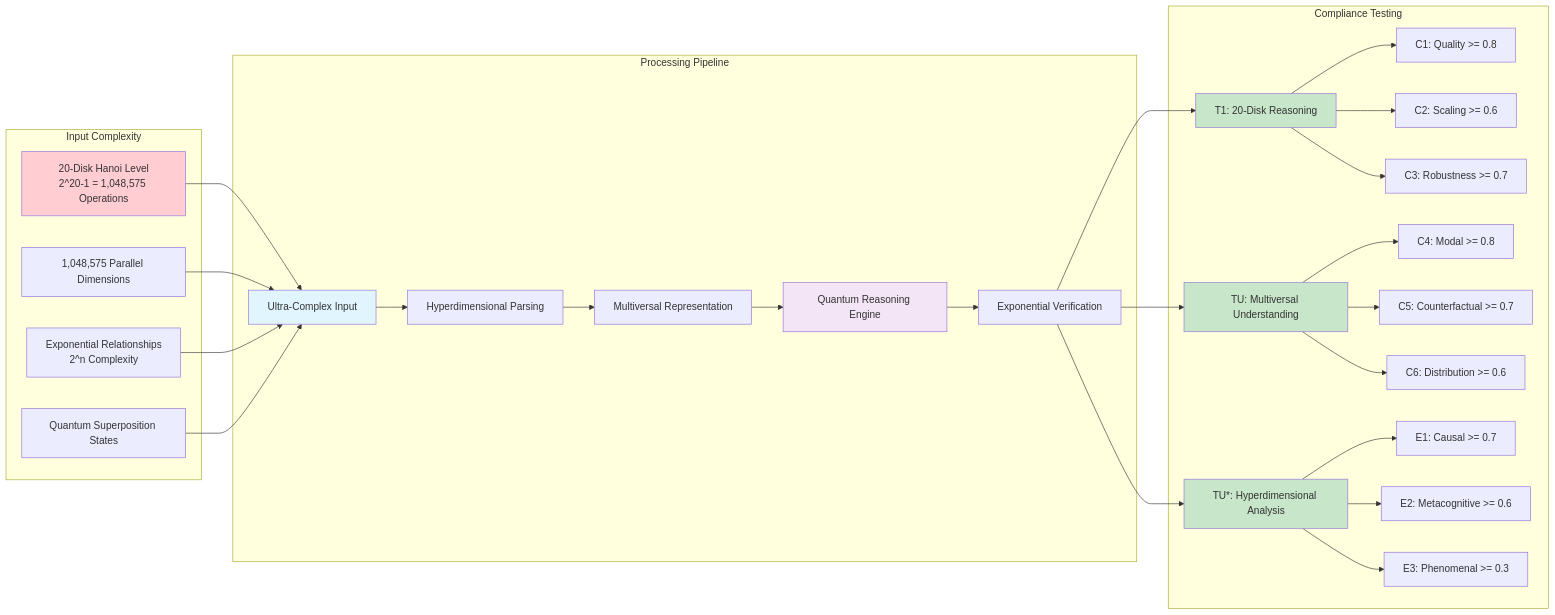
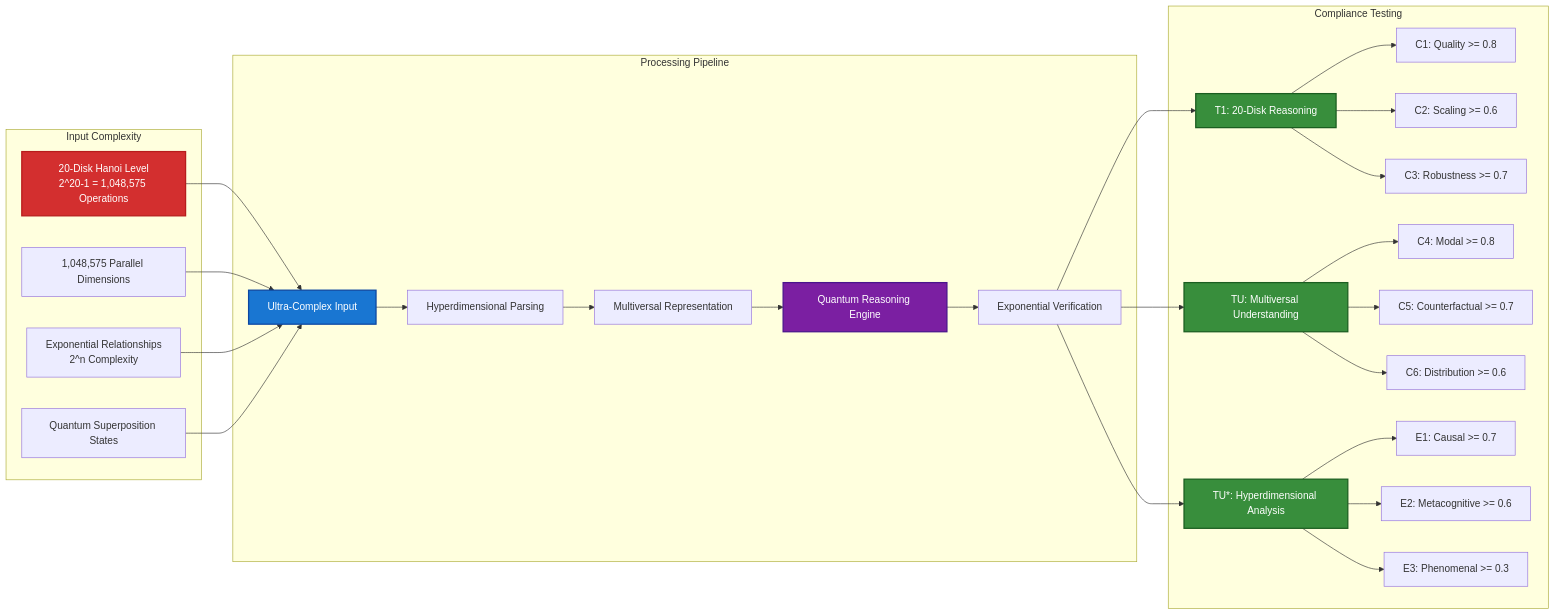
The third of 3 diagrams in README.md (mbhatt1/agentreasoning-sdk), drawn with Mermaid before and after one commit. The commit also changed other lines of this file, not shown here.

````diff
--- a/README.md
+++ b/README.md
@@ -317,50 +317,50 @@
 ```mermaid
 flowchart LR
     subgraph Input_Complexity ["Input Complexity"]
         A["20-Disk Hanoi Level<br/>2^20-1 = 1,048,575 Operations"]
         B["1,048,575 Parallel Dimensions"]
         C["Exponential Relationships<br/>2^n Complexity"]
         D["Quantum Superposition States"]
     end
     
     subgraph Processing_Pipeline ["Processing Pipeline"]
         E["Ultra-Complex Input"] --> F["Hyperdimensional Parsing"]
         F --> G["Multiversal Representation"]
         G --> H["Quantum Reasoning Engine"]
         H --> I["Exponential Verification"]
     end
     
     subgraph Compliance_Testing ["Compliance Testing"]
         J["T1: 20-Disk Reasoning"]
         K["TU: Multiversal Understanding"]
         L["TU*: Hyperdimensional Analysis"]
         
         J --> M["C1: Quality >= 0.8"]
         J --> N["C2: Scaling >= 0.6"]
         J --> O["C3: Robustness >= 0.7"]
         
         K --> P["C4: Modal >= 0.8"]
         K --> Q["C5: Counterfactual >= 0.7"]
         K --> R["C6: Distribution >= 0.6"]
         
         L --> S["E1: Causal >= 0.7"]
         L --> T["E2: Metacognitive >= 0.6"]
         L --> U["E3: Phenomenal >= 0.3"]
     end
     
     A --> E
     B --> E
     C --> E
     D --> E
     
     I --> J
     I --> K
     I --> L
     
-    style A fill:#ffcdd2
-    style E fill:#e1f5fe
-    style H fill:#f3e5f5
-    style J fill:#c8e6c9
-    style K fill:#c8e6c9
-    style L fill:#c8e6c9
+    style A fill:#D32F2F,stroke:#B71C1C,stroke-width:2px,color:#fff
+    style E fill:#1976D2,stroke:#0D47A1,stroke-width:2px,color:#fff
+    style H fill:#7B1FA2,stroke:#4A148C,stroke-width:2px,color:#fff
+    style J fill:#388E3C,stroke:#1B5E20,stroke-width:2px,color:#fff
+    style K fill:#388E3C,stroke:#1B5E20,stroke-width:2px,color:#fff
+    style L fill:#388E3C,stroke:#1B5E20,stroke-width:2px,color:#fff
 ```
````
